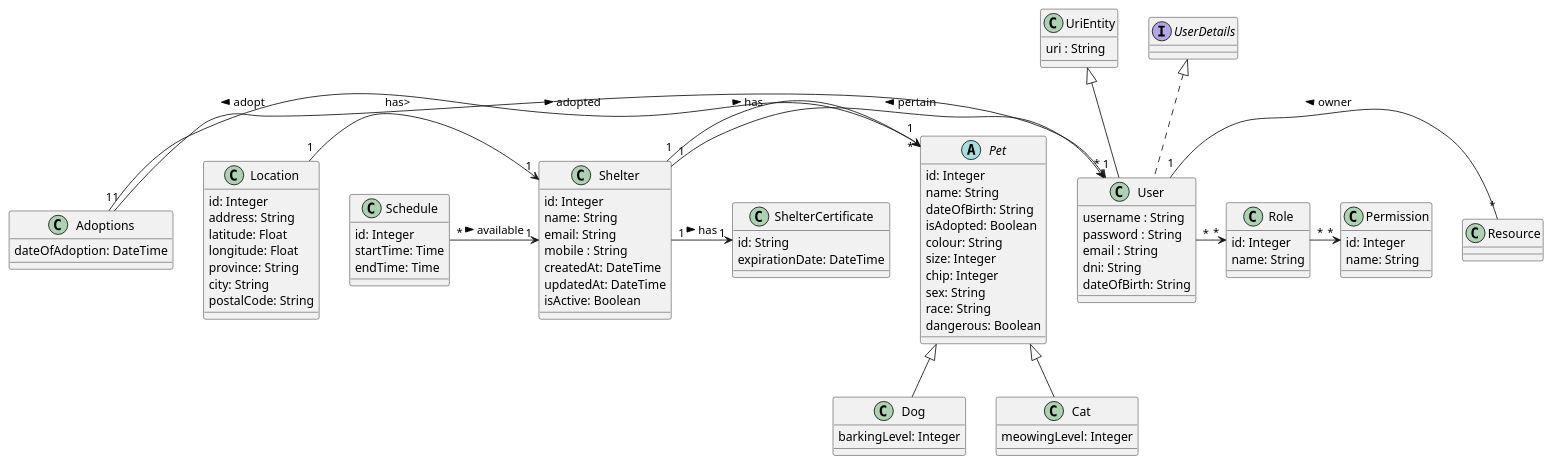
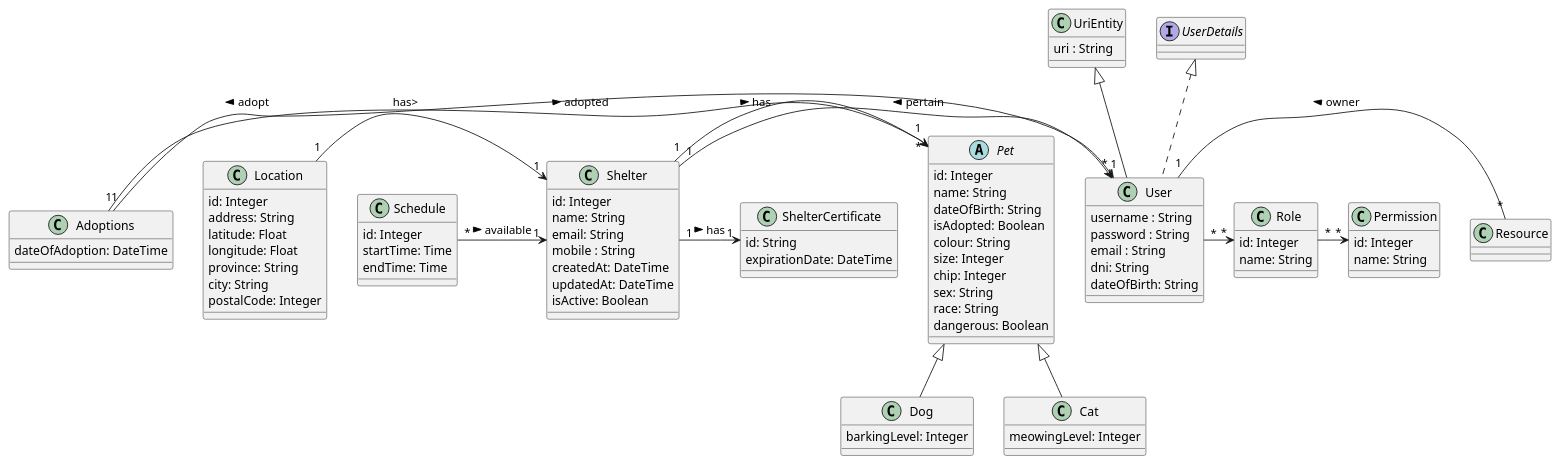
The diagram in EntitiesModel.puml (UdL-EPS-SoftArch/mypets-geiade-api), drawn with PlantUML before and after one commit.

Commit message:
Changed postalCode type in the UML

```diff
--- a/EntitiesModel.puml
+++ b/EntitiesModel.puml
@@ -1,93 +1,93 @@
 @startuml
 class User extends UriEntity implements UserDetails {
   username : String
   password : String
   email : String
   dni: String
   dateOfBirth: String
 }
 
 
 class UriEntity {
   uri : String
 }
 abstract class Pet{
   id: Integer
   name: String
   dateOfBirth: String
   isAdopted: Boolean
   colour: String
   size: Integer
   chip: Integer
   sex: String
   race: String
   dangerous: Boolean
 }
 class Dog extends Pet {
     barkingLevel: Integer
 }
 
 class Cat extends Pet {
     meowingLevel: Integer
 }
 
 class Shelter {
   id: Integer
   name: String
   email: String
   mobile : String
   createdAt: DateTime
   updatedAt: DateTime
   isActive: Boolean
 }
 
 class Location {
  id: Integer
  address: String
  latitude: Float
  longitude: Float
  province: String
  city: String
- postalCode: String
+ postalCode: Integer
 }
 
 class ShelterCertificate {
   id: String
   expirationDate: DateTime
 }
 
 class Schedule {
     id: Integer
     startTime: Time
     endTime: Time
 }
 
 class Adoptions {
     dateOfAdoption: DateTime
 }
 
 class Role {
     id: Integer
     name: String
 }
 
 class Permission {
     id: Integer
     name: String
 }
 
 
 User "1" --right-- "*" Resource : owner <
 Location "1" -> "1" Shelter : has>
 Shelter "1" -> "*" User : < pertain
 Shelter "1" -> "*" Pet : has >
 Shelter "1" -> "1" ShelterCertificate : has >
 Schedule "*" -> "1" Shelter :available >
 
 Adoptions "1" -> "1" Pet :adopted >
 Adoptions "1" -> "1" User :adopt <
 
 User "*" -> "*" Role
 Role "*" -> "*" Permission
 
 @enduml
```
